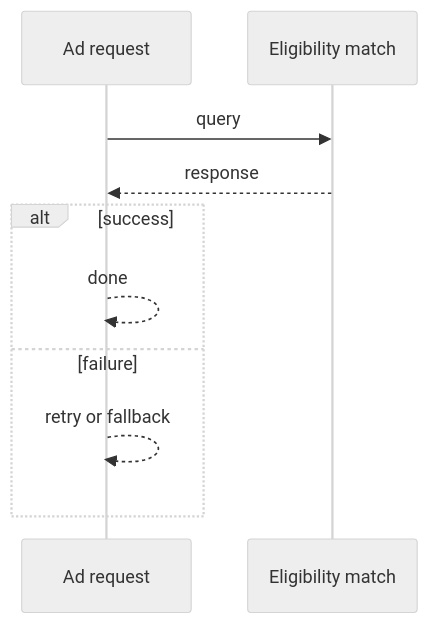
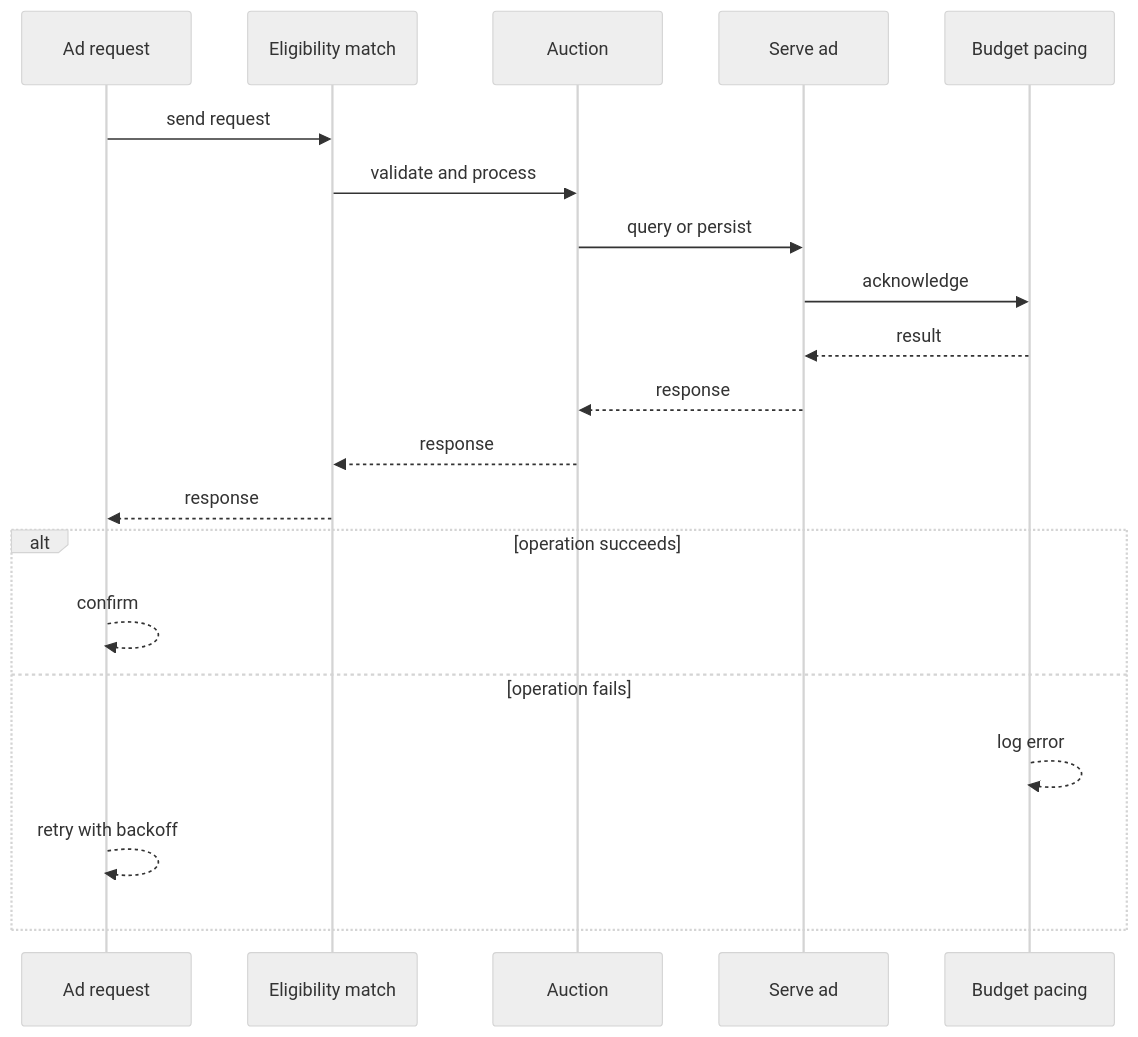
One commit to RIT-MESH/system-design-mastery changed the second of 4 diagrams in case-studies/extreme/advertisement-platform.md. Above: the diagram before and after it, drawn with Mermaid (neutral theme). The commit also changed other lines of this file and 64 other files, not shown here.

````diff
--- a/case-studies/extreme/advertisement-platform.md
+++ b/case-studies/extreme/advertisement-platform.md
@@ -77,13 +65,23 @@
 ```mermaid
 %% created-for: system-design-mastery
 sequenceDiagram
-  participant P0 as Ad request
-  participant P1 as Eligibility match
-  P0 ->> P1: query
-  P1 -->> P0: response
-  alt success
-    P0 -->> P0: done
-  else failure
-    P0 -->> P0: retry or fallback
+  participant C0 as Ad request
+  participant C1 as Eligibility match
+  participant C2 as Auction
+  participant C3 as Serve ad
+  participant C4 as Budget pacing
+  C0 ->> C1: send request
+  C1 ->> C2: validate and process
+  C2 ->> C3: query or persist
+  C3 ->> C4: acknowledge
+  C4 -->> C3: result
+  C3 -->> C2: response
+  C2 -->> C1: response
+  C1 -->> C0: response
+  alt operation succeeds
+    C0 -->> C0: confirm
+  else operation fails
+    C4 -->> C4: log error
+    C0 -->> C0: retry with backoff
   end
 ```
````
